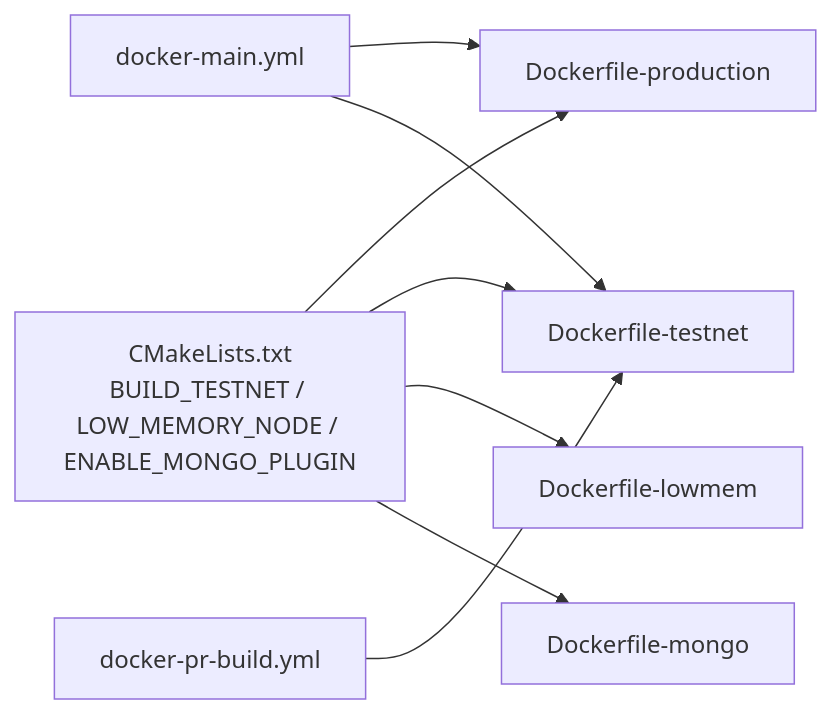
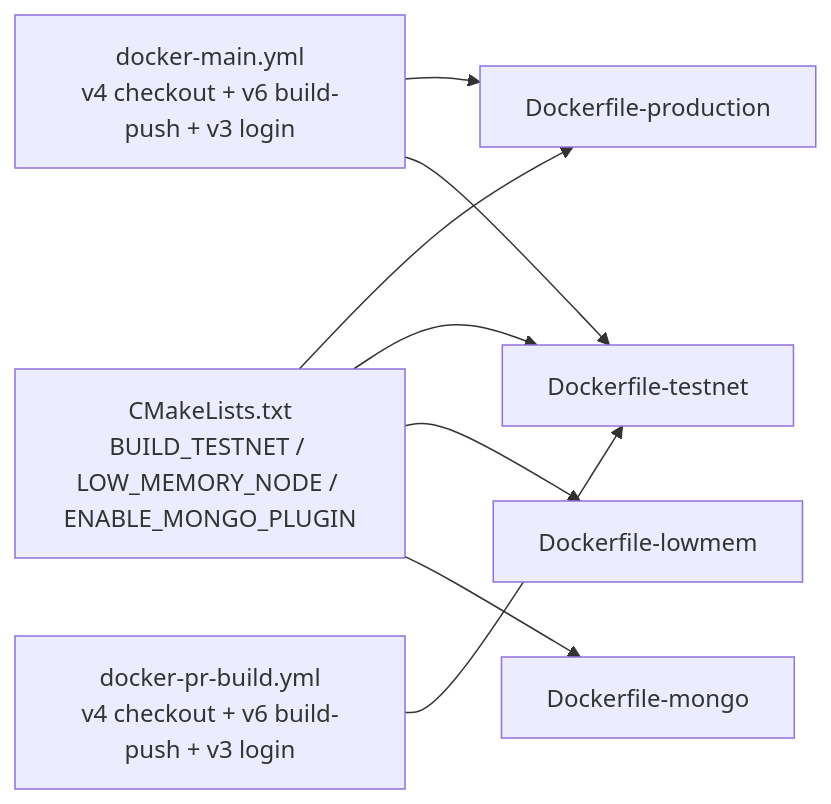
The sixth of 6 diagrams in .qoder/repowiki/en/content/Development Tools/Build System/Docker Integration/Docker Integration.md (VIZ-Blockchain/viz-cpp-node), drawn with Mermaid before and after one commit. The commit also changed other lines of this file and 7 other files, not shown here.

````diff
--- a/.qoder/repowiki/en/content/Development Tools/Build System/Docker Integration/Docker Integration.md
+++ b/.qoder/repowiki/en/content/Development Tools/Build System/Docker Integration/Docker Integration.md
@@ -354,15 +378,15 @@
 ```mermaid
 graph LR
 CMake["CMakeLists.txt<br/>BUILD_TESTNET / LOW_MEMORY_NODE / ENABLE_MONGO_PLUGIN"]
 DP["Dockerfile-production"]
 DT["Dockerfile-testnet"]
 DL["Dockerfile-lowmem"]
 DM["Dockerfile-mongo"]
 CMake --> DP
 CMake --> DT
 CMake --> DL
 CMake --> DM
-GHMain["docker-main.yml"] --> DP
+GHMain["docker-main.yml<br/>v4 checkout + v6 build-push + v3 login"] --> DP
 GHMain --> DT
-GHPR["docker-pr-build.yml"] --> DT
+GHPR["docker-pr-build.yml<br/>v4 checkout + v6 build-push + v3 login"] --> DT
 ```
````
